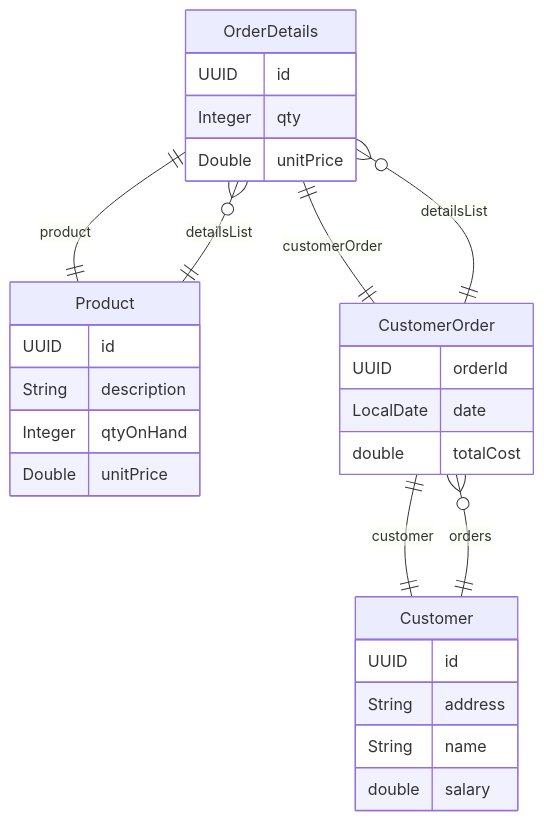
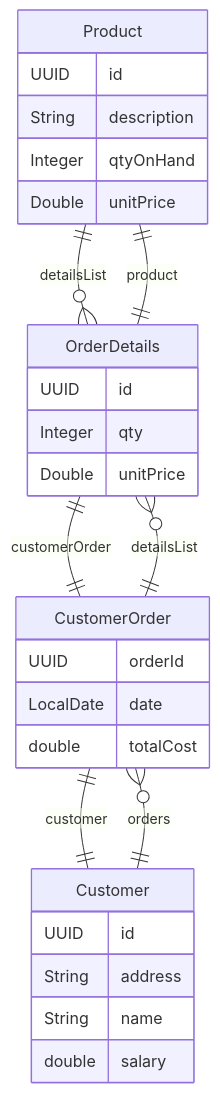
Before and after one commit to PasanIS/car-rental-management: the diagram in POS/er-diagram.md, drawn with Mermaid. The commit also changed other lines of this file and 6 other files, not shown here.

Commit message:
add CustomerController; implement CRUD operations for customers and search functionality; add StandardResponseDTO for consistent API responses; update ER diagram to reflect changes

````diff
--- a/POS/er-diagram.md
+++ b/POS/er-diagram.md
@@ -1,39 +1,39 @@
 ```mermaid
 erDiagram
-    OrderDetails {
-        UUID id
-        Integer qty
-        Double unitPrice
-    }
-
     Product {
         UUID id
         String description
         Integer qtyOnHand
+        Double unitPrice
+    }
+
+    OrderDetails {
+        UUID id
+        Integer qty
         Double unitPrice
     }
 
     Customer {
         UUID id
         String address
         String name
         double salary
     }
 
     CustomerOrder {
         UUID orderId
         LocalDate date
         double totalCost
     }
 
+    Product ||--o{ OrderDetails : "detailsList"
+
     OrderDetails ||--|| CustomerOrder : "customerOrder"
     OrderDetails ||--|| Product : "product"
-
-    Product ||--o{ OrderDetails : "detailsList"
 
     Customer ||--o{ CustomerOrder : "orders"
 
     CustomerOrder ||--|| Customer : "customer"
     CustomerOrder ||--o{ OrderDetails : "detailsList"
 
 ```
````
